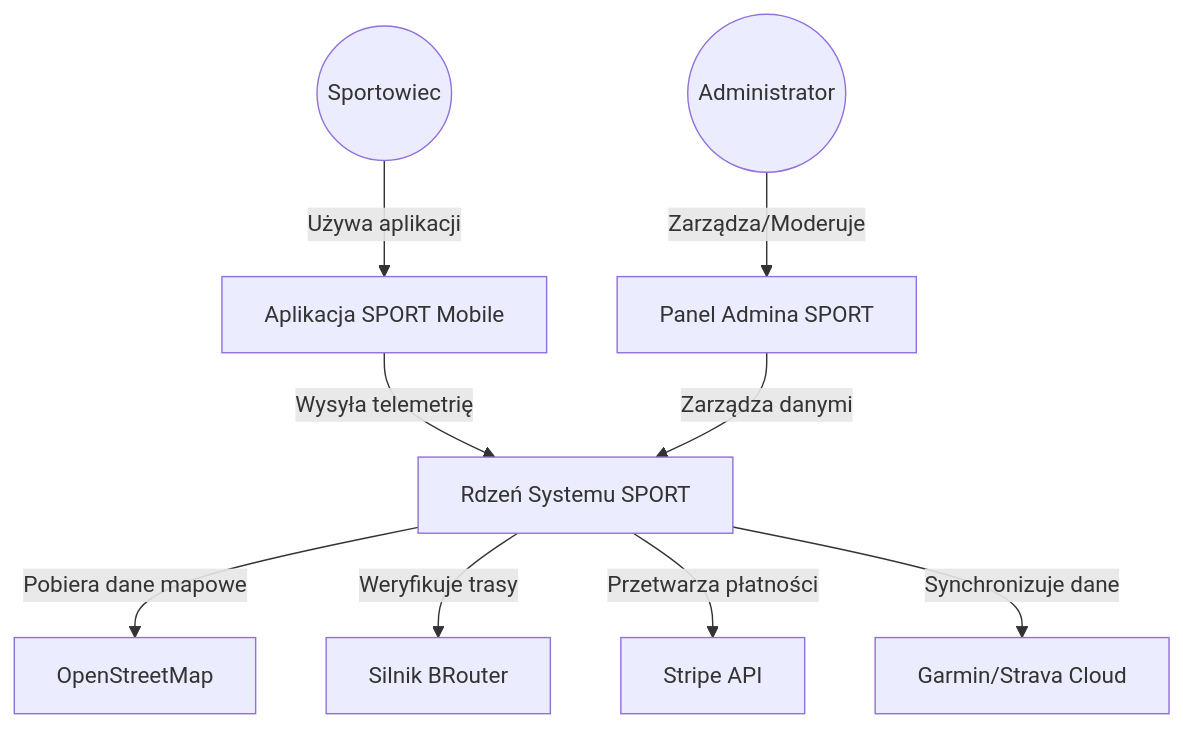
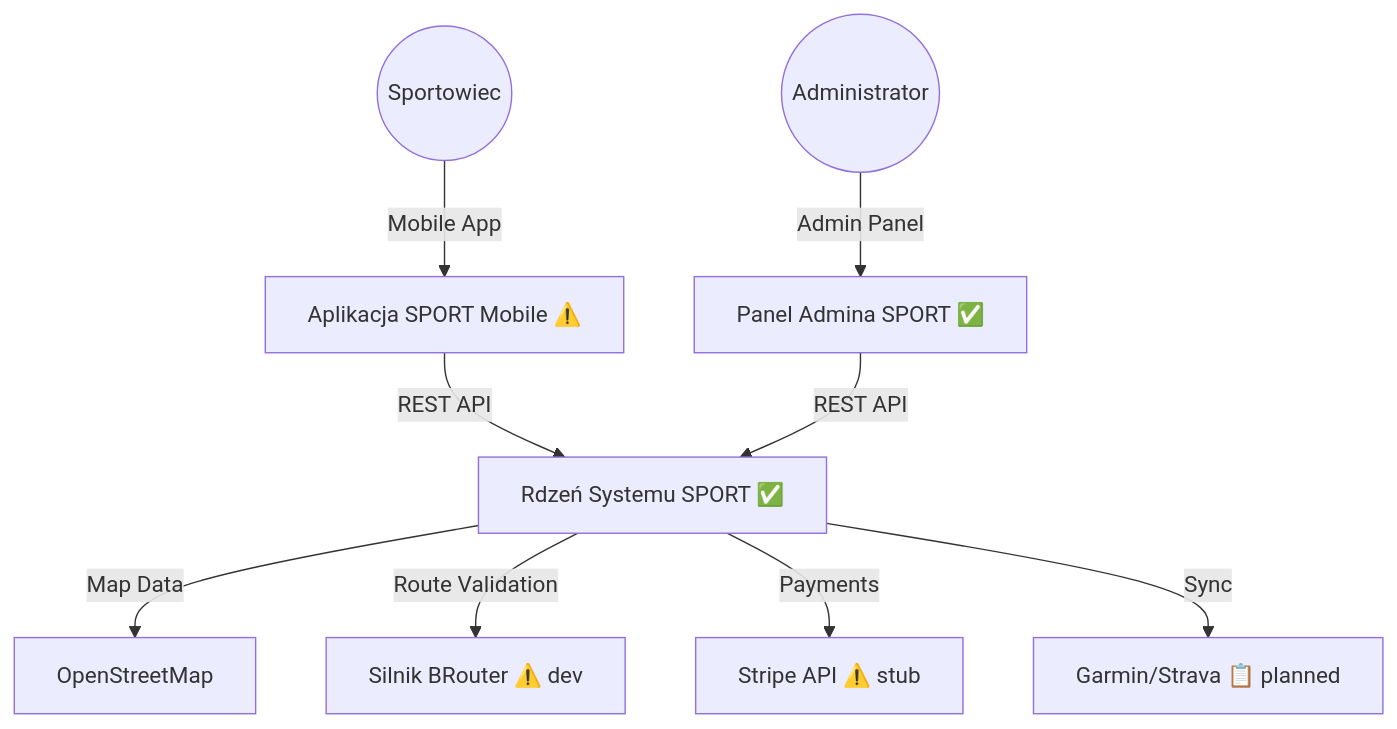
Before and after one commit to karnalooch/stunning-pancake: the first of 3 diagrams in docs/diagrams/architecture_c4.md, drawn with Mermaid. The commit also changed other lines of this file and 13 other files, not shown here.

````diff
--- a/docs/diagrams/architecture_c4.md
+++ b/docs/diagrams/architecture_c4.md
@@ -4,13 +6,13 @@
 ```mermaid
 graph TD
-    User((Sportowiec)) -->|Używa aplikacji| MobileApp[Aplikacja SPORT Mobile]
-    Admin((Administrator)) -->|Zarządza/Moderuje| AdminPanel[Panel Admina SPORT]
+    User((Sportowiec)) -->|Mobile App| MobileApp[Aplikacja SPORT Mobile ⚠️]
+    Admin((Administrator)) -->|Admin Panel| AdminPanel[Panel Admina SPORT ✅]
     
-    MobileApp -->|Wysyła telemetrię| Backend[Rdzeń Systemu SPORT]
-    AdminPanel -->|Zarządza danymi| Backend
+    MobileApp -->|REST API| Backend[Rdzeń Systemu SPORT ✅]
+    AdminPanel -->|REST API| Backend
     
-    Backend -->|Pobiera dane mapowe| OSM[OpenStreetMap]
-    Backend -->|Weryfikuje trasy| BRouter[Silnik BRouter]
-    Backend -->|Przetwarza płatności| Stripe[Stripe API]
-    Backend -->|Synchronizuje dane| Wearables[Garmin/Strava Cloud]
+    Backend -->|Map Data| OSM[OpenStreetMap]
+    Backend -->|Route Validation| BRouter[Silnik BRouter ⚠️ dev]
+    Backend -->|Payments| Stripe[Stripe API ⚠️ stub]
+    Backend -->|Sync| Wearables[Garmin/Strava 📋 planned]
 ```
````
